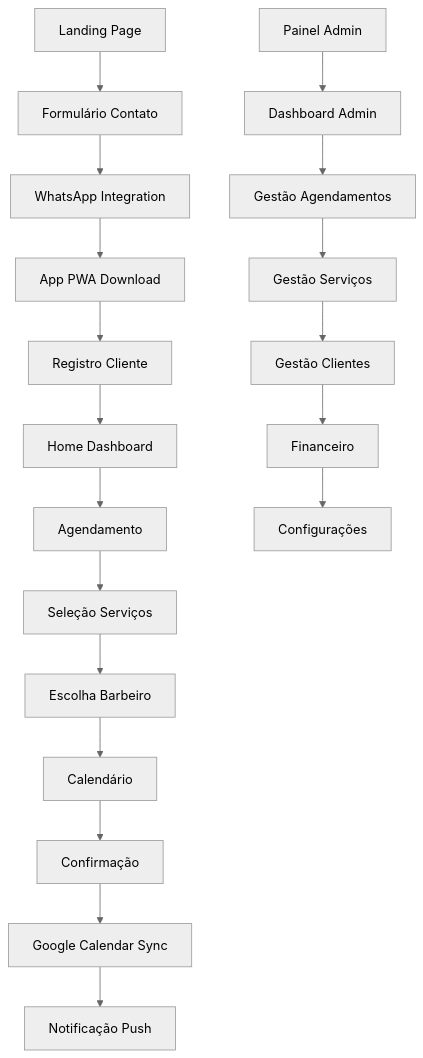
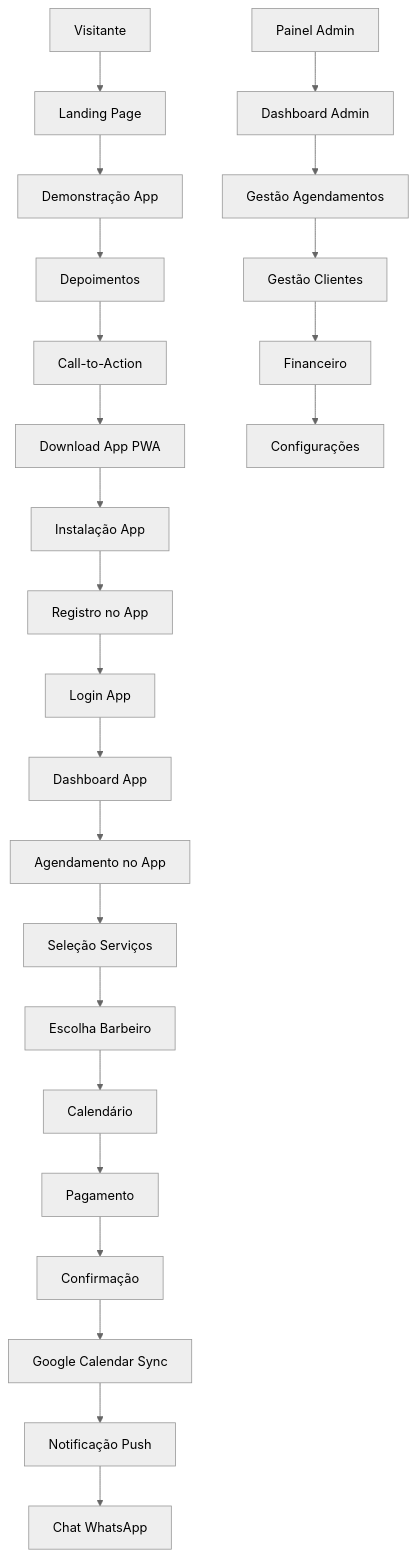
Before and after one commit to ToninhoDS/LandingPage: the diagram in lanpage-barbearia/.trae/documents/sistema-barbearia-prd.md, drawn with Mermaid (neutral theme). The commit also changed other lines of this file and 135 other files, not shown here.

````diff
--- a/lanpage-barbearia/.trae/documents/sistema-barbearia-prd.md
+++ b/lanpage-barbearia/.trae/documents/sistema-barbearia-prd.md
@@ -85,22 +109,27 @@
 ```mermaid
 graph TD
-    A[Landing Page] --> B[Formulário Contato]
-    B --> C[WhatsApp Integration]
-    C --> D[App PWA Download]
-    D --> E[Registro Cliente]
-    E --> F[Home Dashboard]
-    F --> G[Agendamento]
-    G --> H[Seleção Serviços]
-    H --> I[Escolha Barbeiro]
-    I --> J[Calendário]
-    J --> K[Confirmação]
-    K --> L[Google Calendar Sync]
-    L --> M[Notificação Push]
+    A[Visitante] --> B[Landing Page]
+    B --> C[Demonstração App]
+    C --> D[Depoimentos]
+    D --> E[Call-to-Action]
+    E --> F[Download App PWA]
+    F --> G[Instalação App]
+    G --> H[Registro no App]
+    H --> I[Login App]
+    I --> J[Dashboard App]
+    J --> K[Agendamento no App]
+    K --> L[Seleção Serviços]
+    L --> M[Escolha Barbeiro]
+    M --> N[Calendário]
+    N --> O[Pagamento]
+    O --> P[Confirmação]
+    P --> Q[Google Calendar Sync]
+    Q --> R[Notificação Push]
+    R --> S[Chat WhatsApp]
     
-    N[Painel Admin] --> O[Dashboard Admin]
-    O --> P[Gestão Agendamentos]
-    P --> Q[Gestão Serviços]
-    Q --> R[Gestão Clientes]
-    R --> S[Financeiro]
-    S --> T[Configurações]
+    T[Painel Admin] --> U[Dashboard Admin]
+    U --> V[Gestão Agendamentos]
+    V --> W[Gestão Clientes]
+    W --> X[Financeiro]
+    X --> Y[Configurações]
 ```
````
